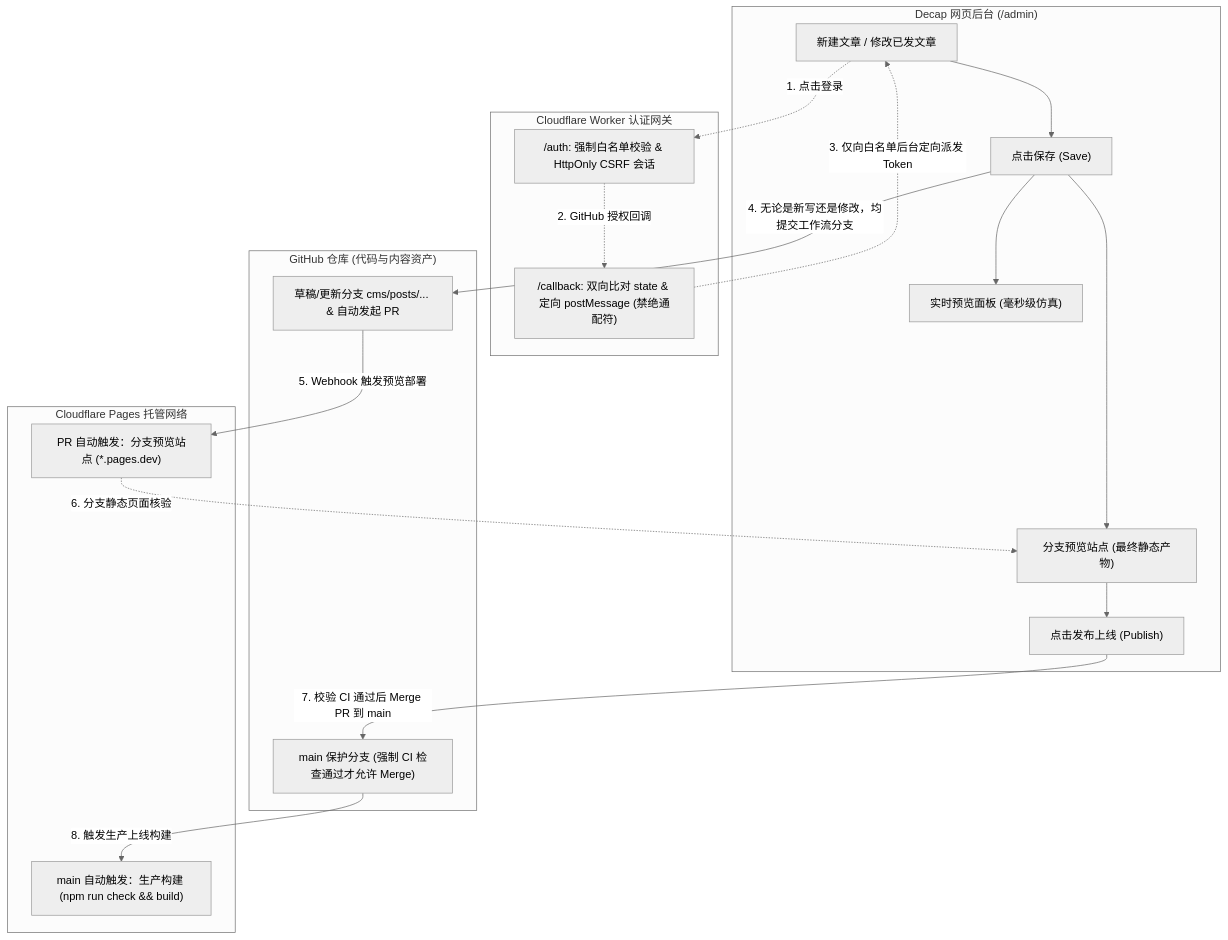
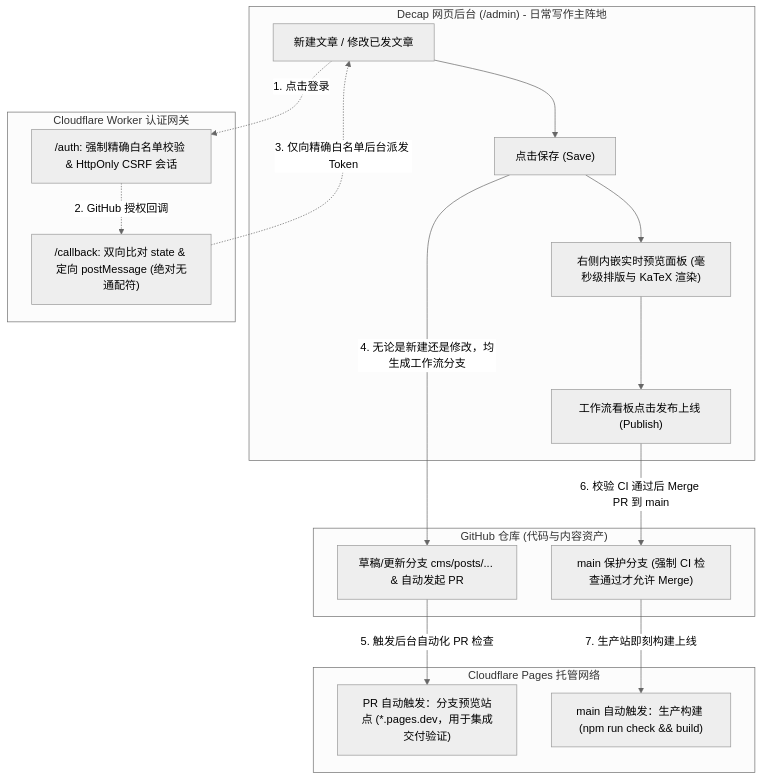
The first of 2 diagrams in docs/ENGINEERING_SPEC.md (ForeSee2024/huaoblog), drawn with Mermaid (neutral theme) before and after one commit. The commit also changed other lines of this file and 4 other files, not shown here.

Commit message:
refactor(spec): v3.3 strict exact origin whitelist, zero-exception instant publish, Decap official preview interface, and scoped author runbook

````diff
--- a/docs/ENGINEERING_SPEC.md
+++ b/docs/ENGINEERING_SPEC.md
@@ -47,33 +47,31 @@
 ```mermaid
 flowchart TD
-    subgraph CMS["Decap 网页后台 (/admin)"]
+    subgraph CMS["Decap 网页后台 (/admin) - 日常写作主阵地"]
         A1["新建文章 / 修改已发文章"] --> A2["点击保存 (Save)"]
-        A2 --> A3["实时预览面板 (毫秒级仿真)"]
-        A2 --> A4["分支预览站点 (最终静态产物)"]
-        A4 --> A5["点击发布上线 (Publish)"]
+        A2 --> A3["右侧内嵌实时预览面板 (毫秒级排版与 KaTeX 渲染)"]
+        A3 --> A4["工作流看板点击发布上线 (Publish)"]
     end
 
     subgraph Auth["Cloudflare Worker 认证网关"]
-        W1["/auth: 强制白名单校验 & HttpOnly CSRF 会话"]
-        W2["/callback: 双向比对 state & 定向 postMessage (禁绝通配符)"]
+        W1["/auth: 强制精确白名单校验 & HttpOnly CSRF 会话"]
+        W2["/callback: 双向比对 state & 定向 postMessage (绝对无通配符)"]
     end
 
     subgraph Repo["GitHub 仓库 (代码与内容资产)"]
         G1["草稿/更新分支 cms/posts/... & 自动发起 PR"]
         G2["main 保护分支 (强制 CI 检查通过才允许 Merge)"]
     end
 
     subgraph Hosting["Cloudflare Pages 托管网络"]
-        P1["PR 自动触发：分支预览站点 (*.pages.dev)"]
+        P1["PR 自动触发：分支预览站点 (*.pages.dev，用于集成交付验证)"]
         P2["main 自动触发：生产构建 (npm run check && build)"]
     end
 
     A1 -.->|"1. 点击登录"| W1
     W1 -.->|"2. GitHub 授权回调"| W2
-    W2 -.->|"3. 仅向白名单后台定向派发 Token"| A1
-    A2 -->|"4. 无论是新写还是修改，均提交工作流分支"| G1
-    G1 -->|"5. Webhook 触发预览部署"| P1
-    P1 -.->|"6. 分支静态页面核验"| A4
-    A5 -->|"7. 校验 CI 通过后 Merge PR 到 main"| G2
-    G2 -->|"8. 触发生产上线构建"| P2
+    W2 -.->|"3. 仅向精确白名单后台派发 Token"| A1
+    A2 -->|"4. 无论是新建还是修改，均生成工作流分支"| G1
+    G1 -->|"5. 触发后台自动化 PR 检查"| P1
+    A4 -->|"6. 校验 CI 通过后 Merge PR 到 main"| G2
+    G2 -->|"7. 生产站即刻构建上线"| P2
 ```
````
